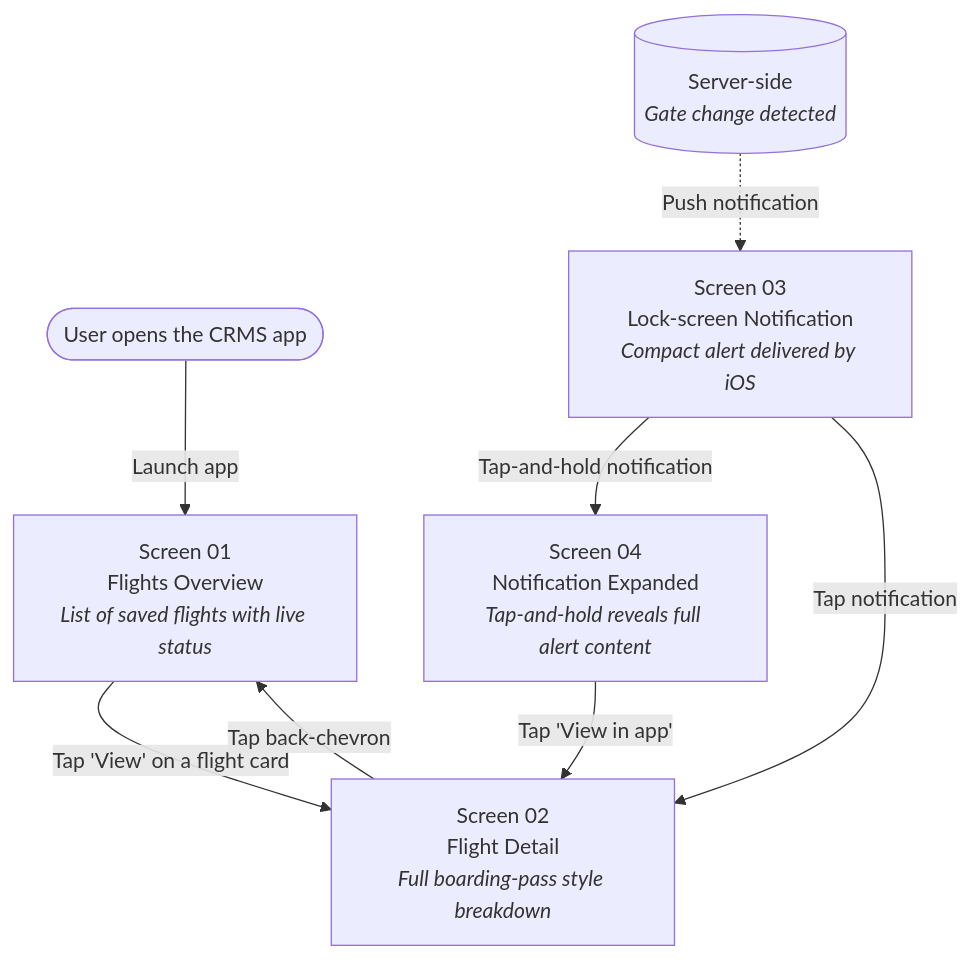
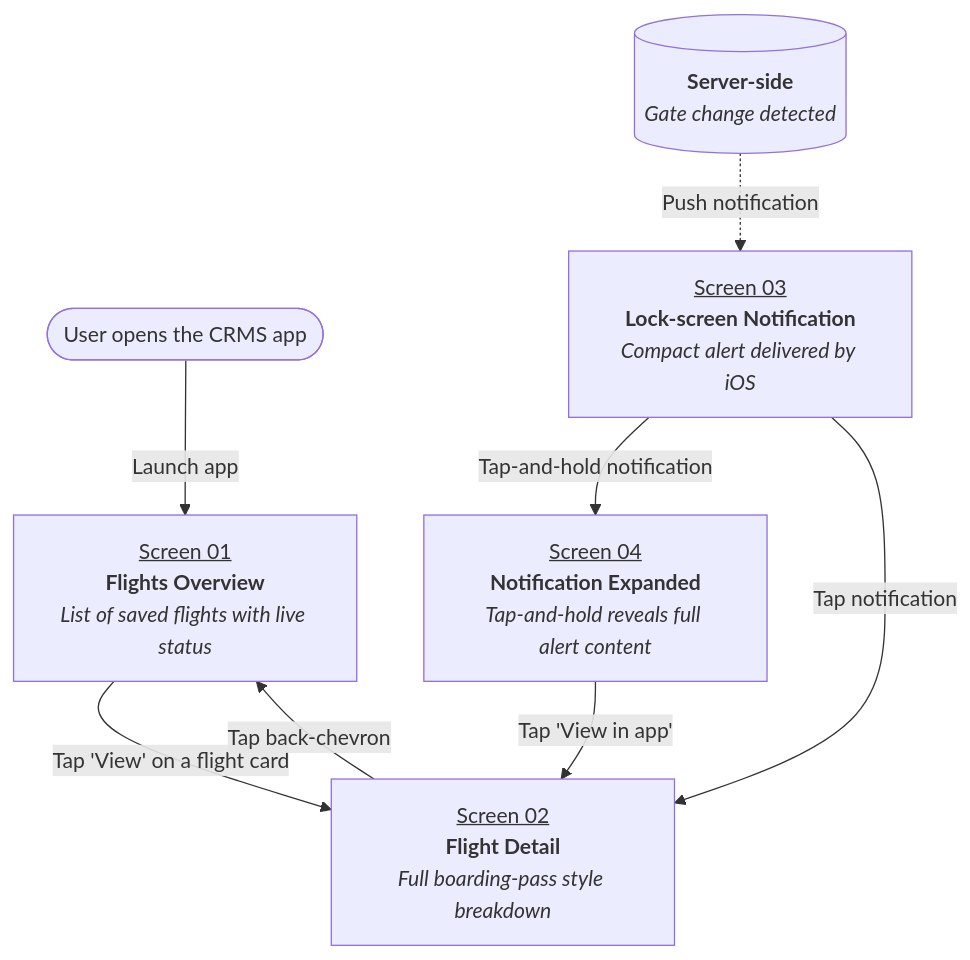
The diagram in diagrams/flow.md (TrstnDev/ST10467193-INSY6211-A2-2026), drawn with Mermaid before and after one commit.

Commit message:
Diagrams
Refined mermaid flow diagram structure and layout.

````diff
--- a/diagrams/flow.md
+++ b/diagrams/flow.md
@@ -1,37 +1,37 @@
 ```mermaid
 flowchart TD
 
 %% ====================================================
 %% Airport Customer Relationship Management System
 %% Application Flow Diagram - Q3.2
 %% ====================================================
 
 %% ---------- ENTRY POINT ----------
 Start([User opens the CRMS app]):::entry
 
 
 %% ---------- IN-APP SCREENS ----------
-Overview["Screen 01<br/>Flights Overview<br/><i>List of saved flights with live status</i>"]:::screen
+Overview["<u>Screen 01</u><br/><b>Flights Overview</b><br/><i>List of saved flights with live status</i>"]:::screen
 
-Detail["Screen 02<br/>Flight Detail<br/><i>Full boarding-pass style breakdown</i>"]:::screen
+Detail["<u>Screen 02</u><br/><b>Flight Detail</b><br/><i>Full boarding-pass style breakdown</i>"]:::screen
 
 
 %% ---------- SYSTEM-LEVEL TOUCHPOINTS ----------
-Lock["Screen 03<br/>Lock-screen Notification<br/><i>Compact alert delivered by iOS</i>"]:::system
+Lock["<u>Screen 03</u><br/><b>Lock-screen Notification</b><br/><i>Compact alert delivered by iOS</i>"]:::system
 
-LockExpanded["Screen 04<br/>Notification Expanded<br/><i>Tap-and-hold reveals full alert content</i>"]:::system
+LockExpanded["<u>Screen 04</u><br/><b>Notification Expanded</b><br/><i>Tap-and-hold reveals full alert content</i>"]:::system
 
 
 %% ---------- USER ACTIONS ----------
 Start -->|Launch app| Overview
 Overview -->|Tap 'View' on a flight card| Detail
 Detail -->|Tap back-chevron| Overview
 
 %% Asynchronous server-pushed event - boarding gate change
-Server[(Server-side<br/><i>Gate change detected</i>)]:::server
+Server[(<b>Server-side</b><br/><i>Gate change detected</i>)]:::server
 Server -.->|Push notification| Lock
 Lock -->|Tap-and-hold notification| LockExpanded
 LockExpanded -->|Tap 'View in app'| Detail
 Lock -->|Tap notification| Detail
 
 ```
````
